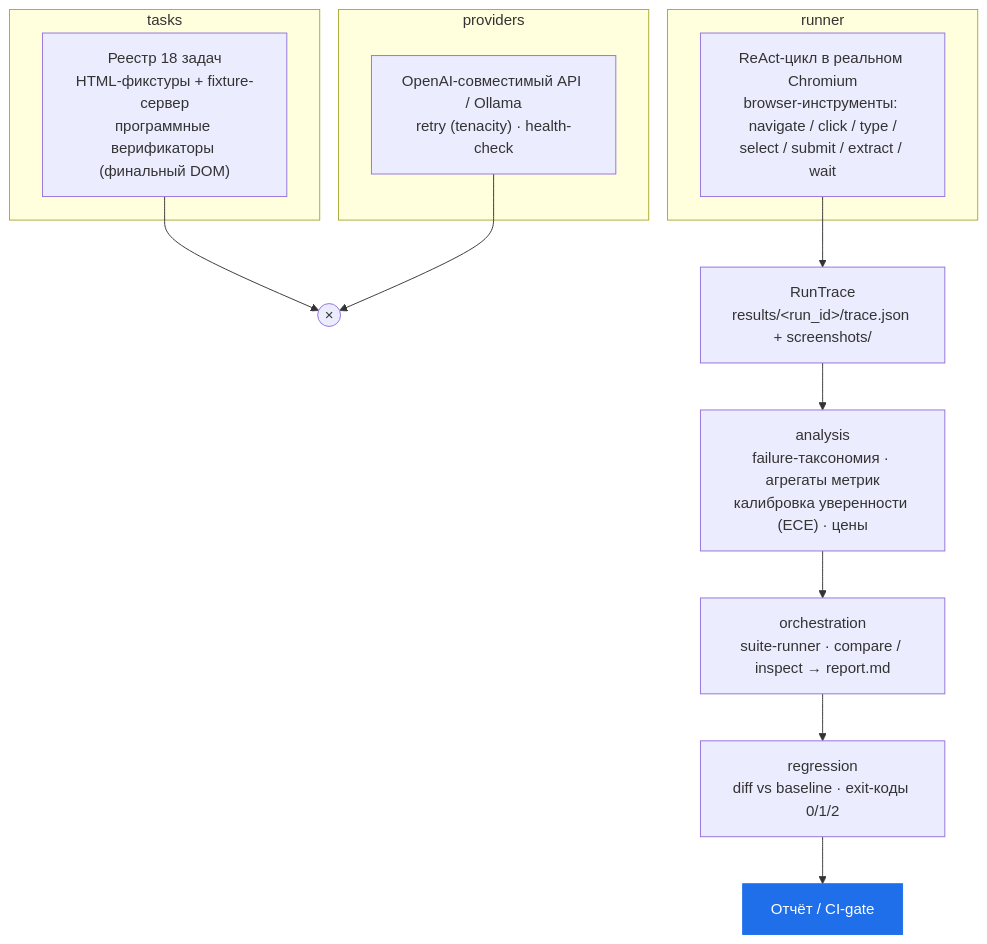
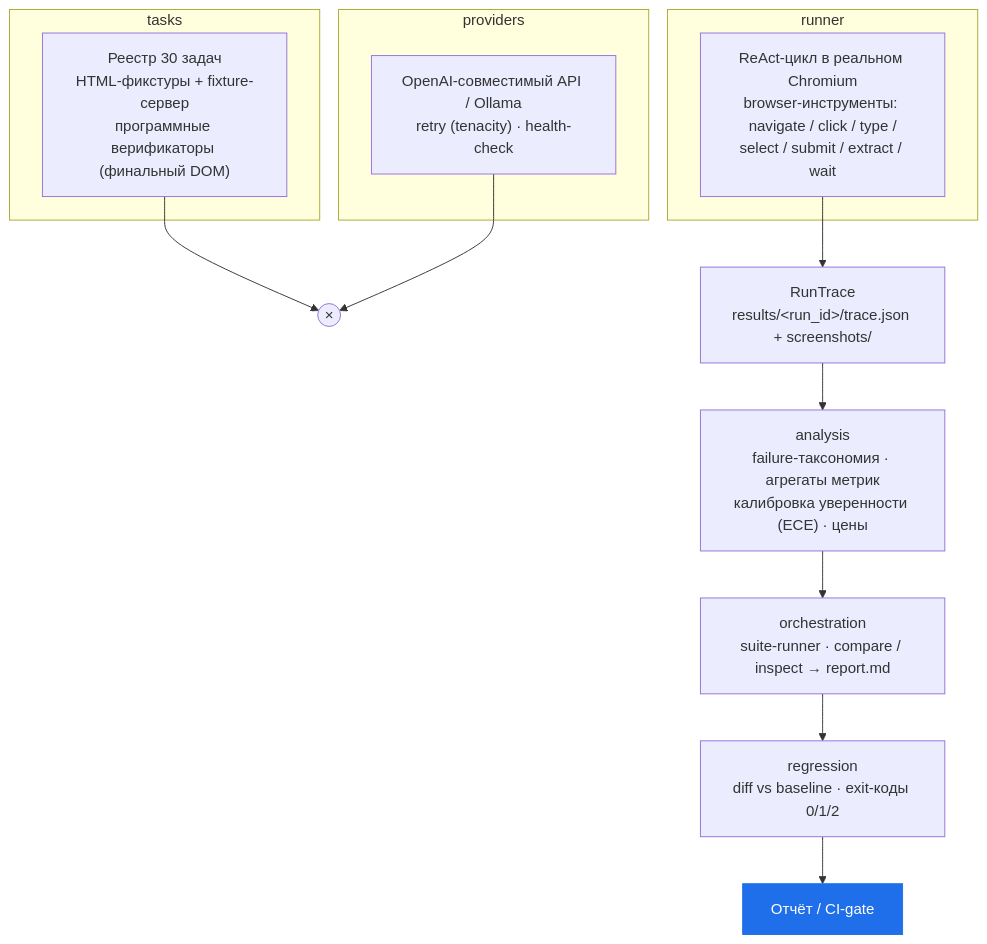
Before and after one commit to Ilyat9/Agentalyze: the diagram in README.md, drawn with Mermaid. The commit also changed other lines of this file and 2 other files, not shown here.

First line of the commit message:
docs: README/ROADMAP counts for the 30-task suite; publish real Ollama run report

````diff
--- a/README.md
+++ b/README.md
@@ -88,20 +88,20 @@
 ```mermaid
 flowchart TB
     subgraph PH1["tasks"]
-        T["Реестр 18 задач<br/>HTML-фикстуры + fixture-сервер<br/>программные верификаторы (финальный DOM)"]
+        T["Реестр 30 задач<br/>HTML-фикстуры + fixture-сервер<br/>программные верификаторы (финальный DOM)"]
     end
     subgraph PH2["providers"]
         P["OpenAI-совместимый API / Ollama<br/>retry (tenacity) · health-check"]
     end
     subgraph PH3["runner"]
         R["ReAct-цикл в реальном Chromium<br/>browser-инструменты: navigate / click / type /<br/>select / submit / extract / wait"]
     end
     T --> RUN(("×"))
     P --> RUN
     R --> TRACE["RunTrace<br/>results/&lt;run_id&gt;/trace.json + screenshots/"]
     TRACE --> PH4["analysis<br/>failure-таксономия · агрегаты метрик<br/>калибровка уверенности (ECE) · цены"]
     PH4 --> PH5["orchestration<br/>suite-runner · compare / inspect → report.md"]
     PH5 --> PH6["regression<br/>diff vs baseline · exit-коды 0/1/2"]
     PH6 --> OUT["Отчёт / CI-gate"]
     style OUT fill:#1f6feb,stroke:#1f6feb,color:#ffffff
 ```
````
